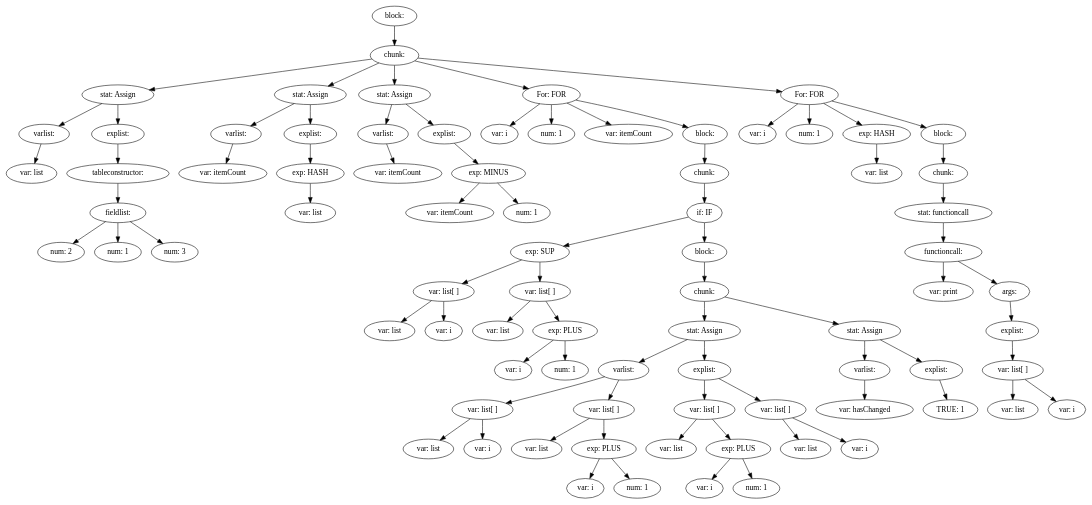
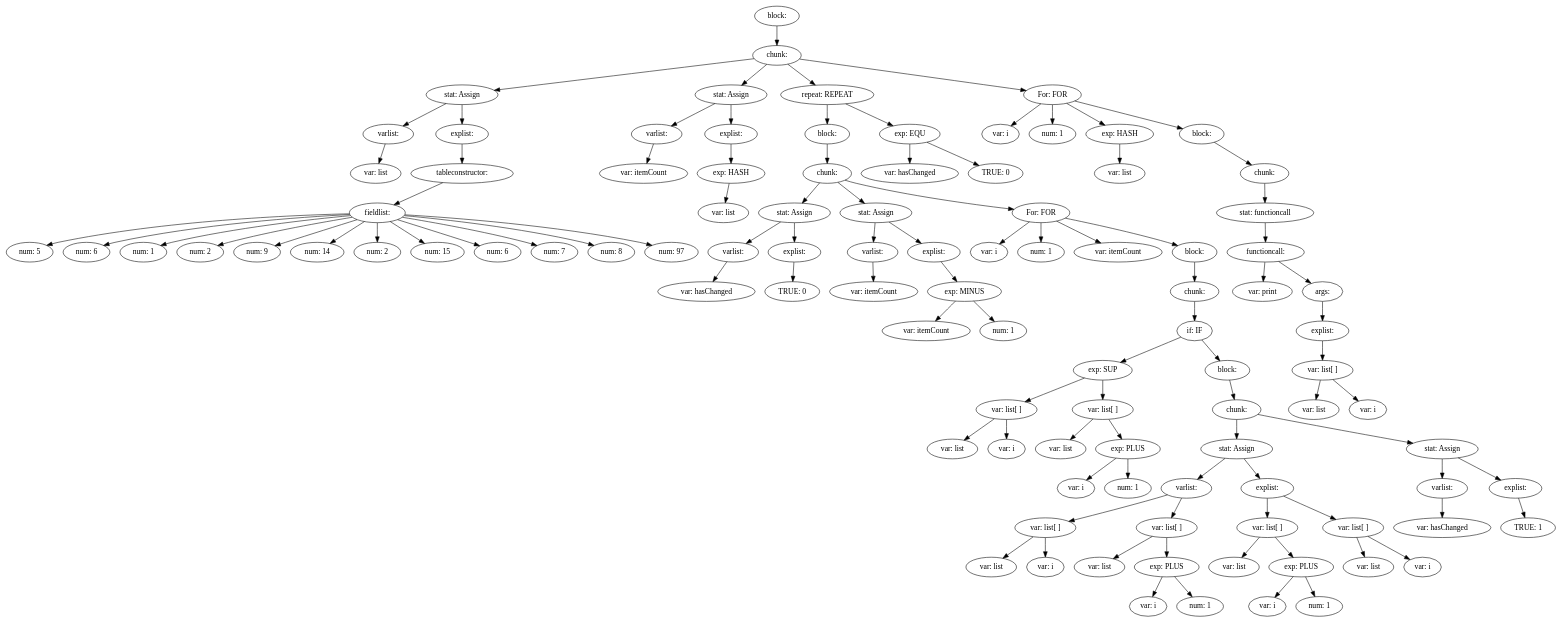
One commit to Inkaru/compiler changed the diagram in ass1-int/source.md. Above: the diagram before and after it, drawn with Graphviz. The commit also changed 6 other files, not shown here.

````diff
--- a/ass1-int/source.md
+++ b/ass1-int/source.md
@@ -1,114 +1,112 @@
 ```graphviz
 digraph {
-80 [label="block: "];
-80 -> 9
-9 [label="chunk: "];
-9 -> 8
-9 -> 15
-9 -> 22
-9 -> 64
-9 -> 79
-8 [label="stat: Assign"];
-8 -> 1
-8 -> 7
+100 [label="block: "];
+100 -> 18
+18 [label="chunk: "];
+18 -> 17
+18 -> 24
+18 -> 84
+18 -> 99
+17 [label="stat: Assign"];
+17 -> 1
+17 -> 16
 1 [label="varlist: "];
 1 -> 0
 0 [label="var: list"];
-7 [label="explist: "];
-7 -> 6
-6 [label="tableconstructor: "];
-6 -> 3
+16 [label="explist: "];
+16 -> 15
+15 [label="tableconstructor: "];
+15 -> 3
 3 [label="fieldlist: "];
 3 -> 2
 3 -> 4
 3 -> 5
-2 [label="num: 2"];
-4 [label="num: 1"];
-5 [label="num: 3"];
-15 [label="stat: Assign"];
-15 -> 11
-15 -> 14
-11 [label="varlist: "];
-11 -> 10
-10 [label="var: itemCount"];
-14 [label="explist: "];
-14 -> 13
-13 [label="exp: HASH"];
-13 -> 12
-12 [label="var: list"];
-22 [label="stat: Assign"];
-22 -> 17
+3 -> 6
+3 -> 7
+3 -> 8
+3 -> 9
+3 -> 10
+3 -> 11
+3 -> 12
+3 -> 13
+3 -> 14
+2 [label="num: 5"];
+4 [label="num: 6"];
+5 [label="num: 1"];
+6 [label="num: 2"];
+7 [label="num: 9"];
+8 [label="num: 14"];
+9 [label="num: 2"];
+10 [label="num: 15"];
+11 [label="num: 6"];
+12 [label="num: 7"];
+13 [label="num: 8"];
+14 [label="num: 97"];
+24 [label="stat: Assign"];
+24 -> 20
+24 -> 23
+20 [label="varlist: "];
+20 -> 19
+19 [label="var: itemCount"];
+23 [label="explist: "];
+23 -> 22
+22 [label="exp: HASH"];
 22 -> 21
-17 [label="varlist: "];
-17 -> 16
-16 [label="var: itemCount"];
-21 [label="explist: "];
-21 -> 20
-20 [label="exp: MINUS"];
-20 -> 18
-20 -> 19
-18 [label="var: itemCount"];
-19 [label="num: 1"];
-64 [label="For: FOR"];
-64 -> 63
-64 -> 23
-64 -> 24
-64 -> 62
-63 [label="var: i"];
-23 [label="num: 1"];
-24 [label="var: itemCount"];
-62 [label="block: "];
-62 -> 61
-61 [label="chunk: "];
-61 -> 60
-60 [label="if: IF"];
-60 -> 33
-60 -> 59
-33 [label="exp: SUP"];
-33 -> 27
-33 -> 32
-27 [label="var: list[ ]"];
-27 -> 25
-27 -> 26
-25 [label="var: list"];
-26 [label="var: i"];
-32 [label="var: list[ ]"];
-32 -> 28
+21 [label="var: list"];
+84 [label="repeat: REPEAT"];
+84 -> 80
+84 -> 83
+80 [label="block: "];
+80 -> 30
+30 [label="chunk: "];
+30 -> 29
+30 -> 37
+30 -> 79
+29 [label="stat: Assign"];
+29 -> 26
+29 -> 28
+26 [label="varlist: "];
+26 -> 25
+25 [label="var: hasChanged"];
+28 [label="explist: "];
+28 -> 27
+27 [label="TRUE: 0"];
+37 [label="stat: Assign"];
+37 -> 32
+37 -> 36
+32 [label="varlist: "];
 32 -> 31
-28 [label="var: list"];
-31 [label="exp: PLUS"];
-31 -> 29
-31 -> 30
-29 [label="var: i"];
-30 [label="num: 1"];
-59 [label="block: "];
-59 -> 53
-53 [label="chunk: "];
-53 -> 52
-53 -> 58
-52 [label="stat: Assign"];
-52 -> 37
-52 -> 48
-37 [label="varlist: "];
-37 -> 36
-37 -> 42
-36 [label="var: list[ ]"];
-36 -> 34
+31 [label="var: itemCount"];
+36 [label="explist: "];
 36 -> 35
-34 [label="var: list"];
-35 [label="var: i"];
+35 [label="exp: MINUS"];
+35 -> 33
+35 -> 34
+33 [label="var: itemCount"];
+34 [label="num: 1"];
+79 [label="For: FOR"];
+79 -> 78
+79 -> 38
+79 -> 39
+79 -> 77
+78 [label="var: i"];
+38 [label="num: 1"];
+39 [label="var: itemCount"];
+77 [label="block: "];
+77 -> 76
+76 [label="chunk: "];
+76 -> 75
+75 [label="if: IF"];
+75 -> 48
+75 -> 74
+48 [label="exp: SUP"];
+48 -> 42
+48 -> 47
 42 [label="var: list[ ]"];
-42 -> 38
+42 -> 40
 42 -> 41
-38 [label="var: list"];
-41 [label="exp: PLUS"];
-41 -> 39
-41 -> 40
-39 [label="var: i"];
-40 [label="num: 1"];
-48 [label="explist: "];
-48 -> 47
-48 -> 51
+40 [label="var: list"];
+41 [label="var: i"];
 47 [label="var: list[ ]"];
 47 -> 43
 47 -> 46
@@ -118,48 +116,90 @@
 46 -> 45
 44 [label="var: i"];
 45 [label="num: 1"];
+74 [label="block: "];
+74 -> 68
+68 [label="chunk: "];
+68 -> 67
+68 -> 73
+67 [label="stat: Assign"];
+67 -> 52
+67 -> 63
+52 [label="varlist: "];
+52 -> 51
+52 -> 57
 51 [label="var: list[ ]"];
 51 -> 49
 51 -> 50
 49 [label="var: list"];
 50 [label="var: i"];
-58 [label="stat: Assign"];
-58 -> 55
-58 -> 57
-55 [label="varlist: "];
-55 -> 54
-54 [label="var: hasChanged"];
-57 [label="explist: "];
+57 [label="var: list[ ]"];
+57 -> 53
 57 -> 56
-56 [label="TRUE: 1"];
-79 [label="For: FOR"];
-79 -> 78
-79 -> 65
-79 -> 67
-79 -> 77
-78 [label="var: i"];
-65 [label="num: 1"];
-67 [label="exp: HASH"];
-67 -> 66
-66 [label="var: list"];
-77 [label="block: "];
-77 -> 76
-76 [label="chunk: "];
-76 -> 75
-75 [label="stat: functioncall"];
-75 -> 74
-74 [label="functioncall: "];
-74 -> 68
-74 -> 73
-68 [label="var: print"];
-73 [label="args: "];
+53 [label="var: list"];
+56 [label="exp: PLUS"];
+56 -> 54
+56 -> 55
+54 [label="var: i"];
+55 [label="num: 1"];
+63 [label="explist: "];
+63 -> 62
+63 -> 66
+62 [label="var: list[ ]"];
+62 -> 58
+62 -> 61
+58 [label="var: list"];
+61 [label="exp: PLUS"];
+61 -> 59
+61 -> 60
+59 [label="var: i"];
+60 [label="num: 1"];
+66 [label="var: list[ ]"];
+66 -> 64
+66 -> 65
+64 [label="var: list"];
+65 [label="var: i"];
+73 [label="stat: Assign"];
+73 -> 70
 73 -> 72
+70 [label="varlist: "];
+70 -> 69
+69 [label="var: hasChanged"];
 72 [label="explist: "];
 72 -> 71
-71 [label="var: list[ ]"];
-71 -> 69
-71 -> 70
-69 [label="var: list"];
-70 [label="var: i"];
+71 [label="TRUE: 1"];
+83 [label="exp: EQU"];
+83 -> 81
+83 -> 82
+81 [label="var: hasChanged"];
+82 [label="TRUE: 0"];
+99 [label="For: FOR"];
+99 -> 98
+99 -> 85
+99 -> 87
+99 -> 97
+98 [label="var: i"];
+85 [label="num: 1"];
+87 [label="exp: HASH"];
+87 -> 86
+86 [label="var: list"];
+97 [label="block: "];
+97 -> 96
+96 [label="chunk: "];
+96 -> 95
+95 [label="stat: functioncall"];
+95 -> 94
+94 [label="functioncall: "];
+94 -> 88
+94 -> 93
+88 [label="var: print"];
+93 [label="args: "];
+93 -> 92
+92 [label="explist: "];
+92 -> 91
+91 [label="var: list[ ]"];
+91 -> 89
+91 -> 90
+89 [label="var: list"];
+90 [label="var: i"];
 }
 ```
````
